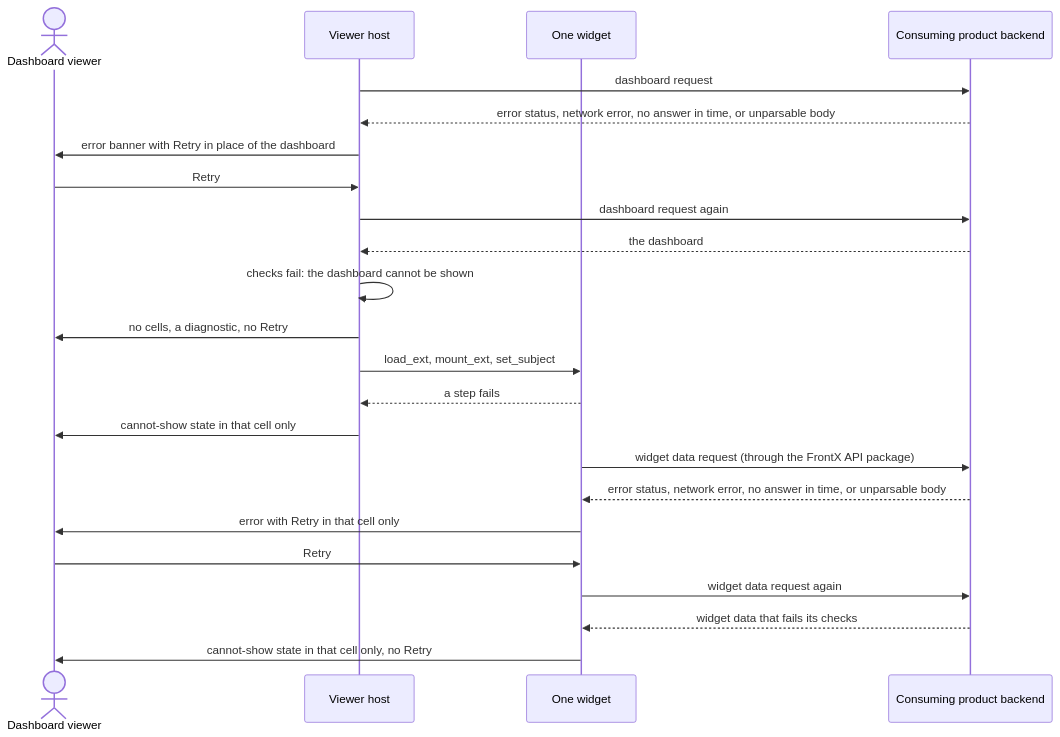
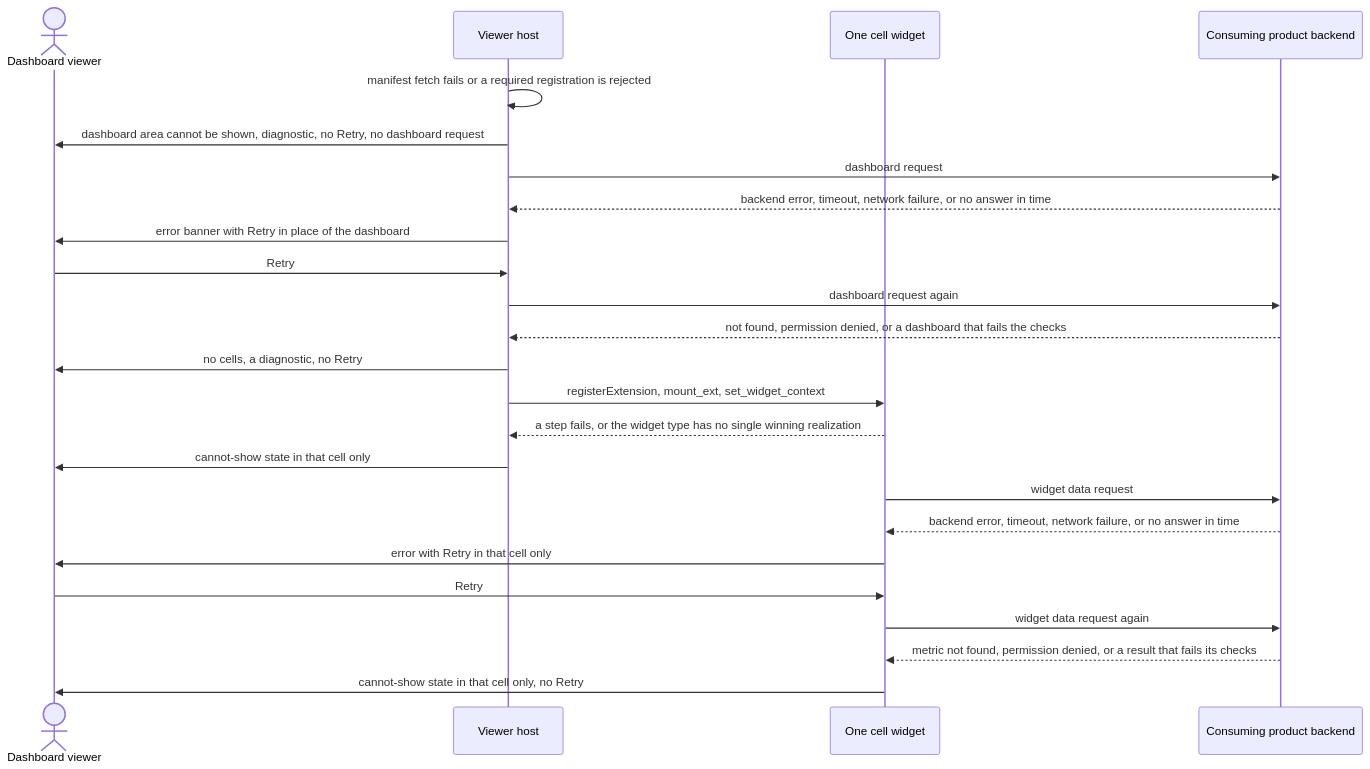
Before and after one commit to AndrejK666/gears-frontx-templates: the fifth of 8 diagrams in template-dashboard/architecture/DESIGN.md, drawn with Mermaid. The commit also changed other lines of this file and 22 other files, not shown here.

Commit message:
docs(template-dashboard): per-widget metric requests and widget realizations

````diff
--- a/template-dashboard/architecture/DESIGN.md
+++ b/template-dashboard/architecture/DESIGN.md
@@ -824,26 +861,27 @@
 ```mermaid
 sequenceDiagram
     actor U as Dashboard viewer
     participant VH as Viewer host
-    participant W as One widget
+    participant W as One cell widget
     participant BE as Consuming product backend
 
+    VH->>VH: manifest fetch fails or a required registration is rejected
+    VH->>U: dashboard area cannot be shown, diagnostic, no Retry, no dashboard request
     VH->>BE: dashboard request
-    BE-->>VH: error status, network error, no answer in time, or unparsable body
+    BE-->>VH: backend error, timeout, network failure, or no answer in time
     VH->>U: error banner with Retry in place of the dashboard
     U->>VH: Retry
     VH->>BE: dashboard request again
-    BE-->>VH: the dashboard
-    VH->>VH: checks fail: the dashboard cannot be shown
+    BE-->>VH: not found, permission denied, or a dashboard that fails the checks
     VH->>U: no cells, a diagnostic, no Retry
-    VH->>W: load_ext, mount_ext, set_subject
-    W-->>VH: a step fails
+    VH->>W: registerExtension, mount_ext, set_widget_context
+    W-->>VH: a step fails, or the widget type has no single winning realization
     VH->>U: cannot-show state in that cell only
-    W->>BE: widget data request (through the FrontX API package)
-    BE-->>W: error status, network error, no answer in time, or unparsable body
+    W->>BE: widget data request
+    BE-->>W: backend error, timeout, network failure, or no answer in time
     W->>U: error with Retry in that cell only
     U->>W: Retry
     W->>BE: widget data request again
-    BE-->>W: widget data that fails its checks
+    BE-->>W: metric not found, permission denied, or a result that fails its checks
     W->>U: cannot-show state in that cell only, no Retry
 ```
````
